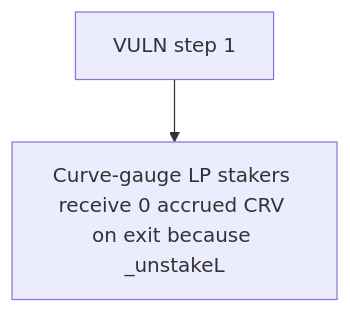
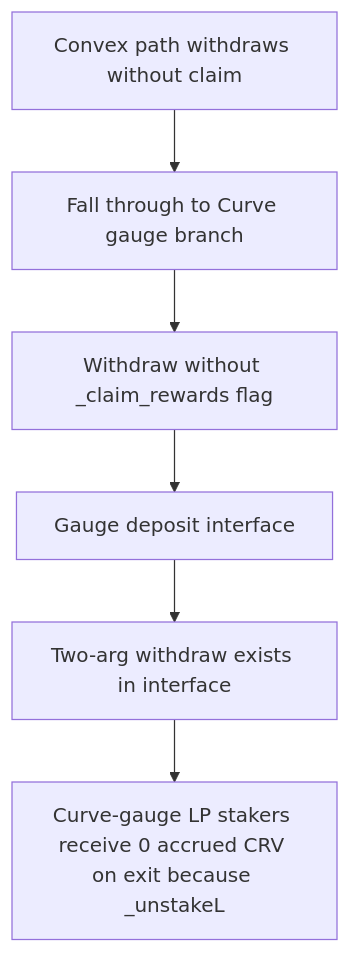
One commit to sanbir/evm-hack-registry changed the diagram in 63525-inability-to-claim-rewards-from-the-curve-gauge-mixbytes-non_exp/63525-inability-to-claim-rewards-from-the-curve-gauge-mixbytes-non_exp.md. Above: the diagram before and after it, drawn with Mermaid. The commit also changed other lines of this file and 79 other files, not shown here.

````diff
--- a/63525-inability-to-claim-rewards-from-the-curve-gauge-mixbytes-non_exp/63525-inability-to-claim-rewards-from-the-curve-gauge-mixbytes-non_exp.md
+++ b/63525-inability-to-claim-rewards-from-the-curve-gauge-mixbytes-non_exp/63525-inability-to-claim-rewards-from-the-curve-gauge-mixbytes-non_exp.md
@@ -28,6 +28,14 @@
 ```mermaid
 flowchart TD
-  S0["VULN step 1"]
+  S0["Convex path withdraws without claim"]
+  S1["Fall through to Curve gauge branch"]
+  S2["Withdraw without _claim_rewards flag"]
+  S3["Gauge deposit interface"]
+  S4["Two-arg withdraw exists in interface"]
   H["Curve-gauge LP stakers receive 0 accrued CRV on exit because _unstakeL"]
-  S0 --> H
+  S0 --> S1
+  S1 --> S2
+  S2 --> S3
+  S3 --> S4
+  S4 --> H
 ```
````
